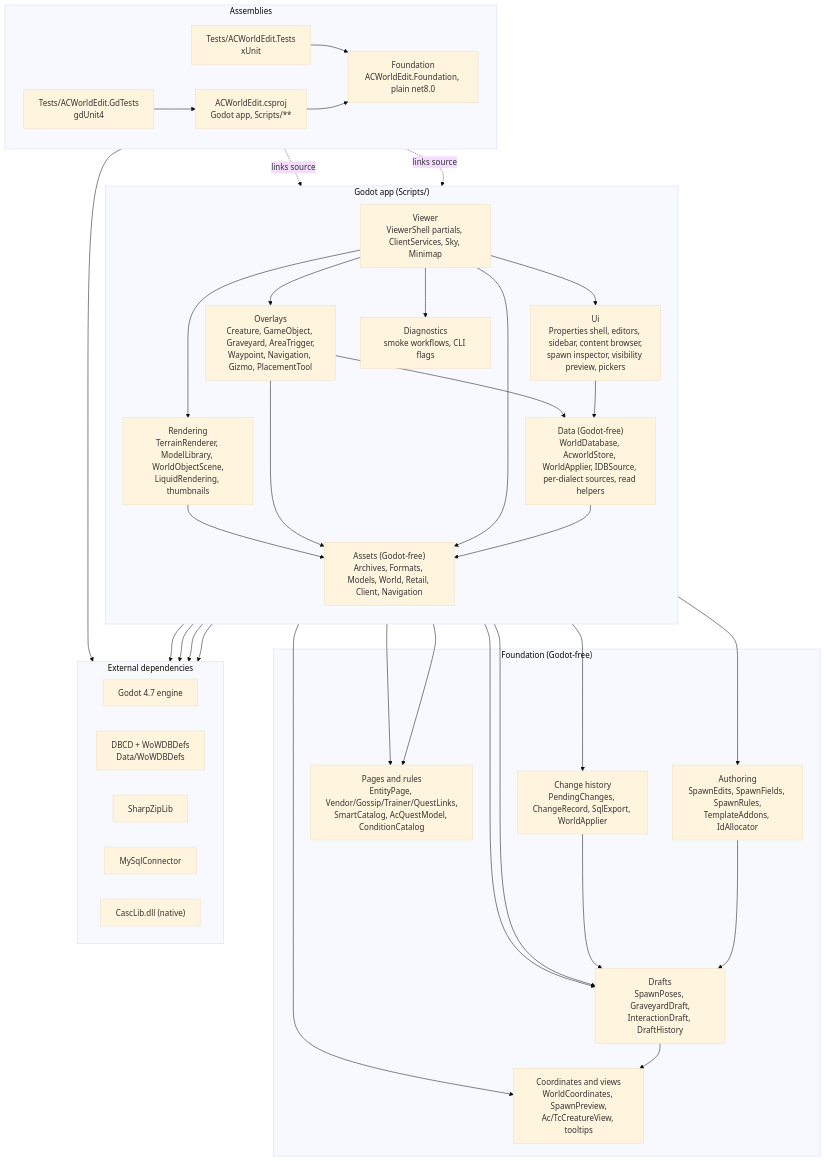
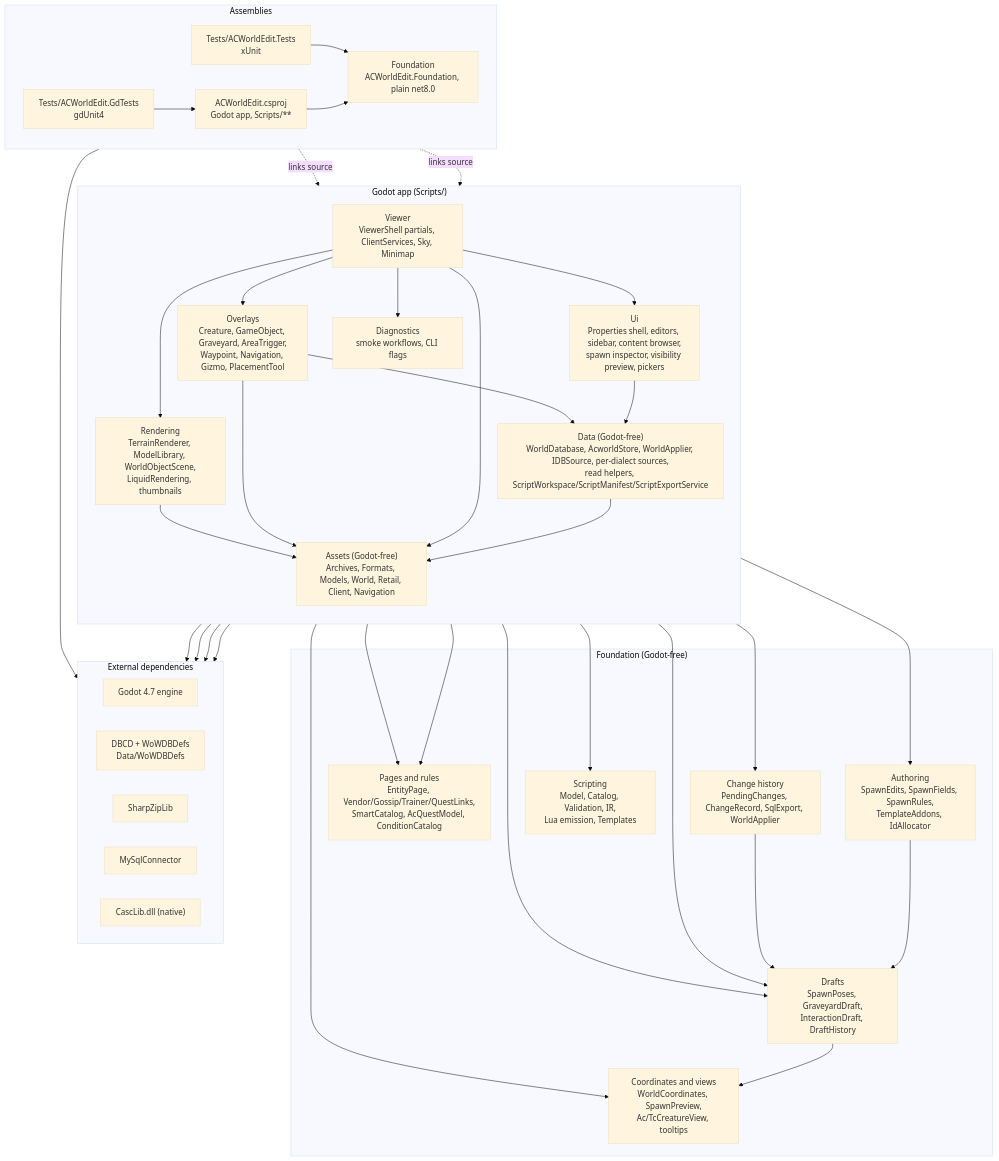
One commit to glitterfartz/ac-world-edit changed the second of 2 diagrams in docs/architecture/overview.md. Above: the diagram before and after it, drawn with Mermaid (base theme). The commit also changed other lines of this file and 67 other files, not shown here.

````diff
--- a/docs/architecture/overview.md
+++ b/docs/architecture/overview.md
@@ -51,69 +51,71 @@
 ```mermaid
 flowchart TB
     subgraph Assemblies
         direction LR
         app["ACWorldEdit.csproj<br/>Godot app, Scripts/**"]
         fdn["Foundation<br/>ACWorldEdit.Foundation, plain net8.0"]
         tests["Tests/ACWorldEdit.Tests<br/>xUnit"]
         gd["Tests/ACWorldEdit.GdTests<br/>gdUnit4"]
     end
 
     subgraph Godot_app["Godot app (Scripts/)"]
         direction TB
         viewer["Viewer<br/>ViewerShell partials, ClientServices, Sky, Minimap"]
         render["Rendering<br/>TerrainRenderer, ModelLibrary, WorldObjectScene,<br/>LiquidRendering, thumbnails"]
         overlays["Overlays<br/>Creature, GameObject, Graveyard, AreaTrigger,<br/>Waypoint, Navigation, Gizmo, PlacementTool"]
         ui["Ui<br/>Properties shell, editors, sidebar, content browser,<br/>spawn inspector, visibility preview, pickers"]
         diag["Diagnostics<br/>smoke workflows, CLI flags"]
-        data["Data (Godot-free)<br/>WorldDatabase, AcworldStore, WorldApplier, IDBSource, per-dialect sources, read helpers"]
+        data["Data (Godot-free)<br/>WorldDatabase, AcworldStore, WorldApplier, IDBSource, per-dialect sources,<br/>read helpers, ScriptWorkspace/ScriptManifest/ScriptExportService"]
         assets["Assets (Godot-free)<br/>Archives, Formats, Models, World, Retail, Client, Navigation"]
     end
 
     subgraph Shared_logic["Foundation (Godot-free)"]
         drafts["Drafts<br/>SpawnPoses, GraveyardDraft,<br/>InteractionDraft, DraftHistory"]
         authoring["Authoring<br/>SpawnEdits, SpawnFields, SpawnRules,<br/>TemplateAddons, IdAllocator"]
         pages["Pages and rules<br/>EntityPage, Vendor/Gossip/Trainer/QuestLinks,<br/>SmartCatalog, AcQuestModel, ConditionCatalog"]
         export["Change history<br/>PendingChanges, ChangeRecord, SqlExport, WorldApplier"]
+        scripting["Scripting<br/>Model, Catalog, Validation, IR,<br/>Lua emission, Templates"]
         misc["Coordinates and views<br/>WorldCoordinates, SpawnPreview,<br/>Ac/TcCreatureView, tooltips"]
     end
 
     subgraph External["External dependencies"]
         direction LR
         godot["Godot 4.7 engine"]
         dbcd["DBCD + WoWDBDefs<br/>Data/WoWDBDefs"]
         sharpzip["SharpZipLib"]
         mysql["MySqlConnector"]
         casc["CascLib.dll (native)"]
     end
 
     viewer --> render
     viewer --> overlays
     viewer --> ui
     viewer --> diag
     overlays --> data
     overlays --> drafts
     overlays --> authoring
     ui --> drafts
     ui --> pages
     ui --> data
     viewer --> export
     render --> assets
     overlays --> assets
     viewer --> assets
     data --> assets
     data --> pages
     data --> misc
     drafts --> misc
     authoring --> drafts
     export --> drafts
     app --> godot
     assets --> dbcd
     assets --> sharpzip
     assets --> casc
     data --> mysql
+    data --> scripting
     tests -. links source .-> assets
     tests -. links source .-> data
     tests --> fdn
     gd --> app
     app --> fdn
 ```
````
